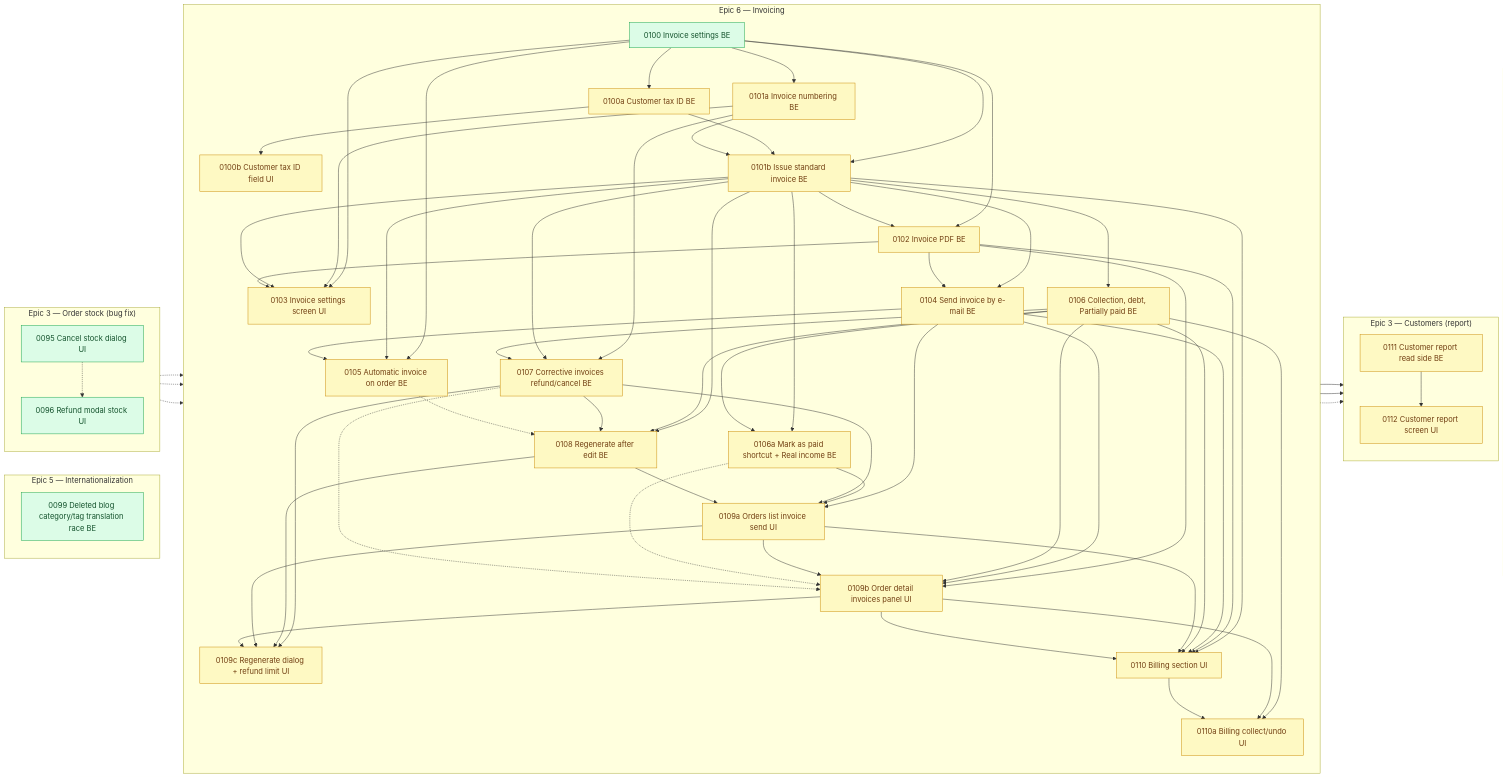
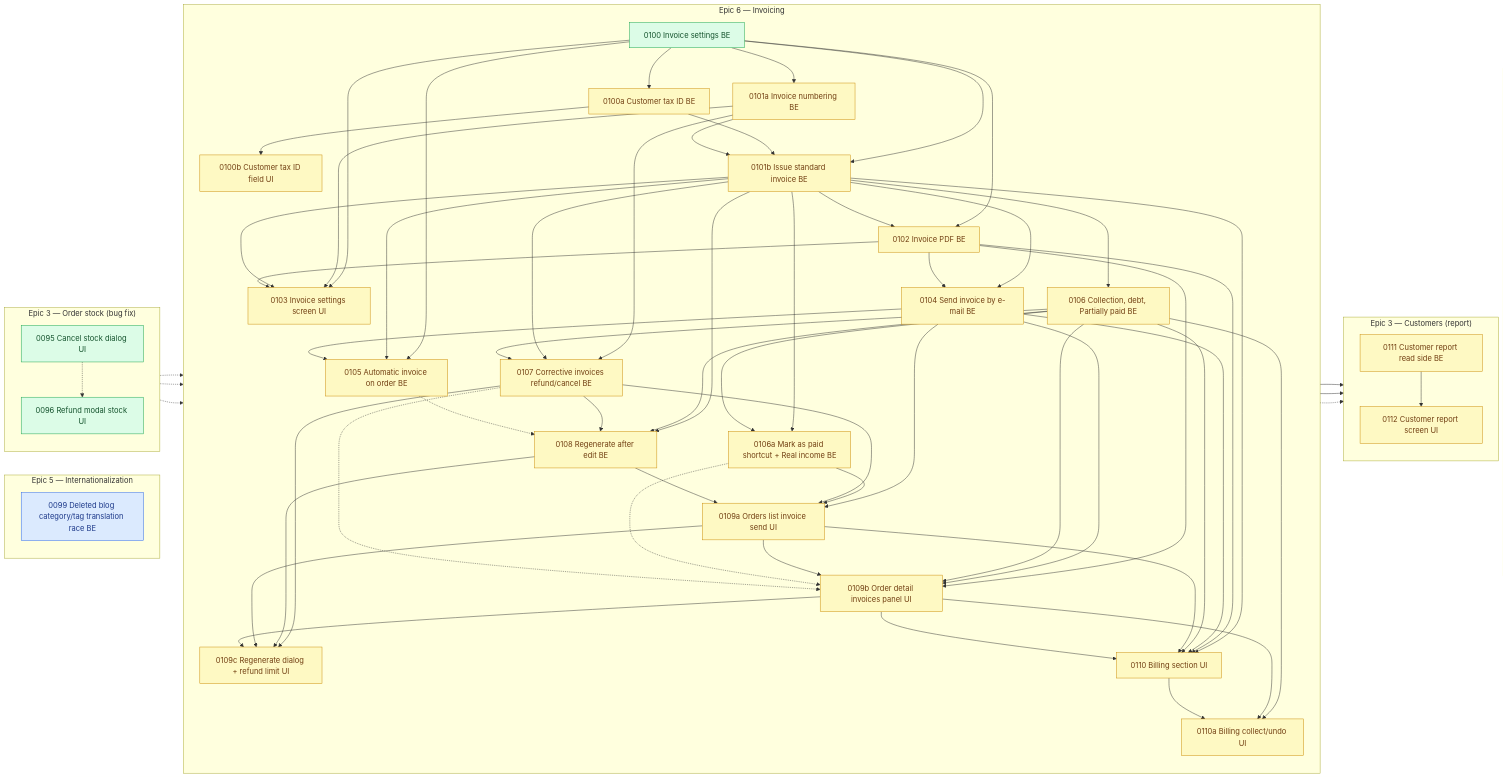
Before and after one commit to shojen/AI4Devs-finalproject: the diagram in arospe/ai-spec/tasks-map.md, drawn with Mermaid. The commit also changed other lines of this file and 2 other files, not shown here.

Commit message:
docs(tasks): move 0099 to in-progress after Phase 1 and Phase 2 approval
Phase 1 debate (backend-expert, backend-qa) and Phase 2 INVEST are recorded in the task file.

```diff
--- a/arospe/ai-spec/tasks-map.md
+++ b/arospe/ai-spec/tasks-map.md
@@ -744,7 +746,7 @@
     %% (P0084 --> P0085 dropped: 0084 is done; 0085 is done too.)
     %% (P0083 -.-> P0085 and P0083 --> P0086 dropped: 0083 is done; 0086 is now ready.)
 
-    class P0099 ready;
+    class P0099 claimed;
     %% (P0078 closed to done/ 2026-11-08; P0076b closed to done/ 2026-11-10 and no node is `claimed`; P0076b --> P0077 and P0076b -.-> P0087 dropped, 0077 is now ready.)
     %% (P0079 closed to done/ 2026-11-12; P0087 -.-> P0079 dropped, no node is `claimed`.)
     %% (P0075 closed to done/ 2026-10-27; P0073 closed to done/ 2026-10-08; no node remains `claimed`.)
```
